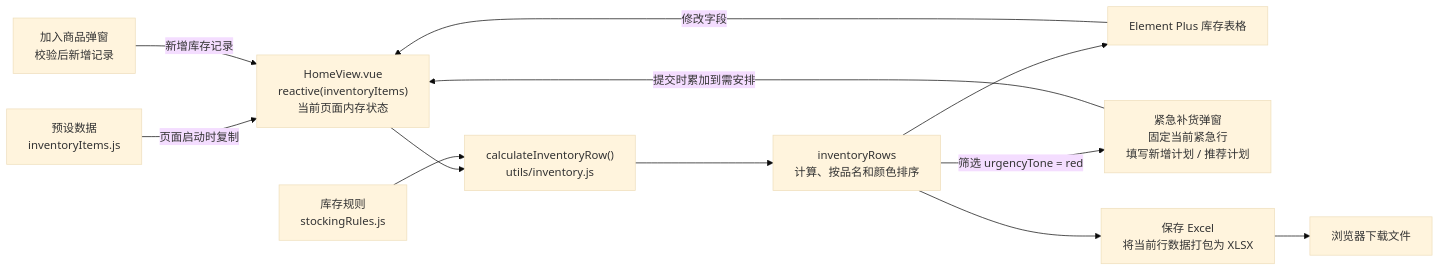
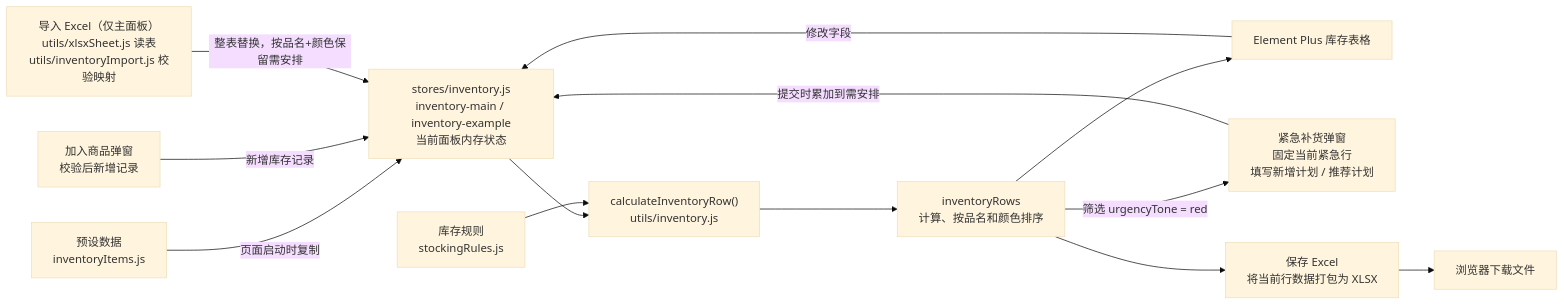
One commit to HugoCosette/kucunyujing changed the second of 2 diagrams in 项目架构图.md. Above: the diagram before and after it, drawn with Mermaid (base theme). The commit also changed other lines of this file and 25 other files, not shown here.

````diff
--- a/项目架构图.md
+++ b/项目架构图.md
@@ -40,24 +50,26 @@
 ```mermaid
 flowchart LR
     Seed["预设数据<br/>inventoryItems.js"]
-    State["HomeView.vue<br/>reactive(inventoryItems)<br/>当前页面内存状态"]
+    State["stores/inventory.js<br/>inventory-main / inventory-example<br/>当前面板内存状态"]
     Rules["库存规则<br/>stockingRules.js"]
     Calc["calculateInventoryRow()<br/>utils/inventory.js"]
     Rows["inventoryRows<br/>计算、按品名和颜色排序"]
     Table["Element Plus 库存表格"]
     Urgent["紧急补货弹窗<br/>固定当前紧急行<br/>填写新增计划 / 推荐计划"]
     Add["加入商品弹窗<br/>校验后新增记录"]
     Export["保存 Excel<br/>将当前行数据打包为 XLSX"]
+    Import["导入 Excel（仅主面板）<br/>utils/xlsxSheet.js 读表<br/>utils/inventoryImport.js 校验映射"]
     Download["浏览器下载文件"]
 
     Seed -->|"页面启动时复制"| State
     State --> Calc
     Rules --> Calc
     Calc --> Rows
     Rows --> Table
     Rows -->|"筛选 urgencyTone = red"| Urgent
     Table -->|"修改字段"| State
     Add -->|"新增库存记录"| State
     Urgent -->|"提交时累加到需安排"| State
+    Import -->|"整表替换，按品名+颜色保留需安排"| State
     Rows --> Export --> Download
 ```
````
